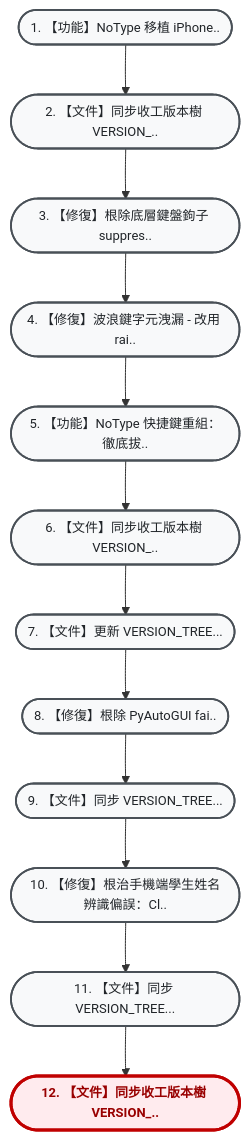
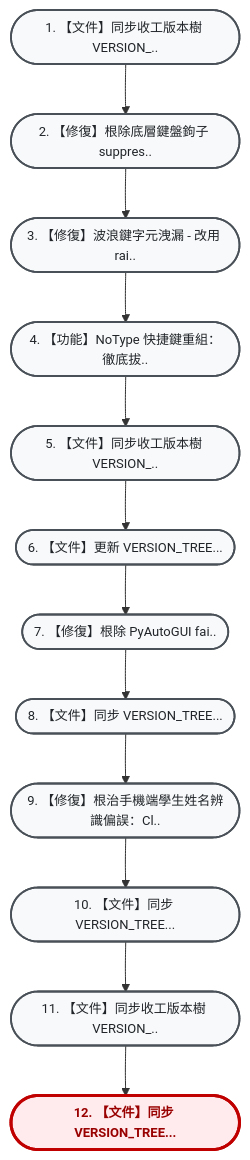
The diagram in VERSION_TREE.md (hjen8/NoType-Scribe), drawn with Mermaid before and after one commit. The commit also changed other lines of this file, not shown here.

Commit message:
docs: 最終收工同步 VERSION_TREE.md (0029f92)

````diff
--- a/VERSION_TREE.md
+++ b/VERSION_TREE.md
@@ -13,30 +13,30 @@
 ```mermaid
 flowchart TD
     %% 雙壁版本樹專用視覺化配色風格 (由上而下 TD 垂直大字純中文版)
     classDef default fill:#f8f9fa,stroke:#495057,stroke-width:1.8px,color:#212529,font-size:13px;
     classDef current fill:#ffebee,stroke:#c00000,stroke-width:3px,color:#900,font-weight:bold,font-size:13px;
     classDef mergeNode fill:#e3f2fd,stroke:#1565c0,stroke-width:2px,color:#0d47a1,font-size:13px;
-    n_58bbc8c(["1. 【功能】NoType 移植 iPhone.."]):::default
-    n_7723cba(["2. 【文件】同步收工版本樹 VERSION_.."]):::default
-    n_e2bc0e4(["3. 【修復】根除底層鍵盤鉤子 suppres.."]):::default
-    n_3a6b4ee(["4. 【修復】波浪鍵字元洩漏 - 改用 rai.."]):::default
-    n_112030c(["5. 【功能】NoType 快捷鍵重組：徹底拔.."]):::default
-    n_fde5927(["6. 【文件】同步收工版本樹 VERSION_.."]):::default
-    n_d139599(["7. 【文件】更新 VERSION_TREE..."]):::default
-    n_9ebe870(["8. 【修復】根除 PyAutoGUI fai.."]):::default
-    n_9480dc7(["9. 【文件】同步 VERSION_TREE..."]):::default
-    n_e1c1c9f(["10. 【修復】根治手機端學生姓名辨識偏誤：Cl.."]):::default
-    n_b75d44f(["11. 【文件】同步 VERSION_TREE..."]):::default
-    n_79089d2(["12. 【文件】同步收工版本樹 VERSION_.."]):::current
-    n_58bbc8c --> n_7723cba
+    n_7723cba(["1. 【文件】同步收工版本樹 VERSION_.."]):::default
+    n_e2bc0e4(["2. 【修復】根除底層鍵盤鉤子 suppres.."]):::default
+    n_3a6b4ee(["3. 【修復】波浪鍵字元洩漏 - 改用 rai.."]):::default
+    n_112030c(["4. 【功能】NoType 快捷鍵重組：徹底拔.."]):::default
+    n_fde5927(["5. 【文件】同步收工版本樹 VERSION_.."]):::default
+    n_d139599(["6. 【文件】更新 VERSION_TREE..."]):::default
+    n_9ebe870(["7. 【修復】根除 PyAutoGUI fai.."]):::default
+    n_9480dc7(["8. 【文件】同步 VERSION_TREE..."]):::default
+    n_e1c1c9f(["9. 【修復】根治手機端學生姓名辨識偏誤：Cl.."]):::default
+    n_b75d44f(["10. 【文件】同步 VERSION_TREE..."]):::default
+    n_79089d2(["11. 【文件】同步收工版本樹 VERSION_.."]):::default
+    n_0029f92(["12. 【文件】同步 VERSION_TREE..."]):::current
     n_7723cba --> n_e2bc0e4
     n_e2bc0e4 --> n_3a6b4ee
     n_3a6b4ee --> n_112030c
     n_112030c --> n_fde5927
     n_fde5927 --> n_d139599
     n_d139599 --> n_9ebe870
     n_9ebe870 --> n_9480dc7
     n_9480dc7 --> n_e1c1c9f
     n_e1c1c9f --> n_b75d44f
     n_b75d44f --> n_79089d2
+    n_79089d2 --> n_0029f92
 ```
````
